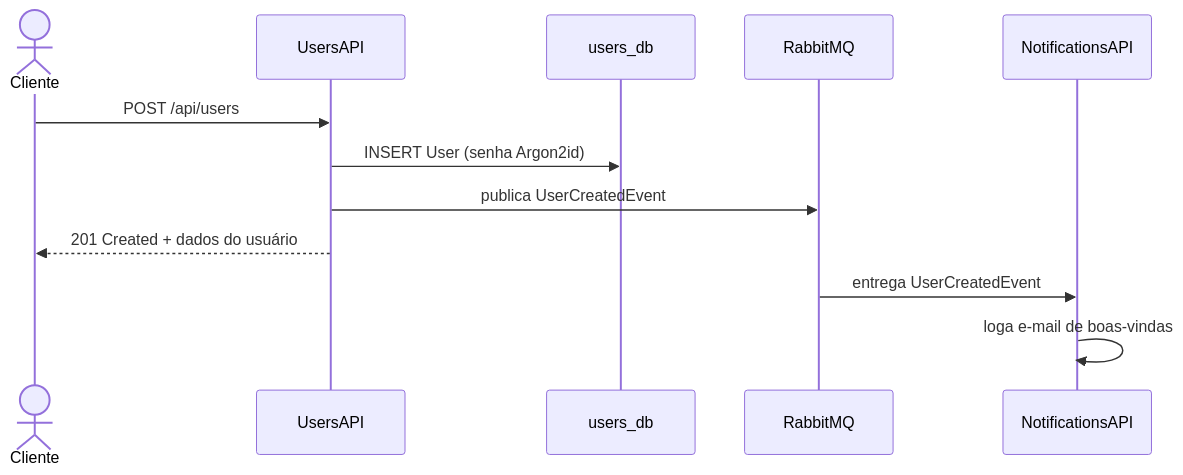
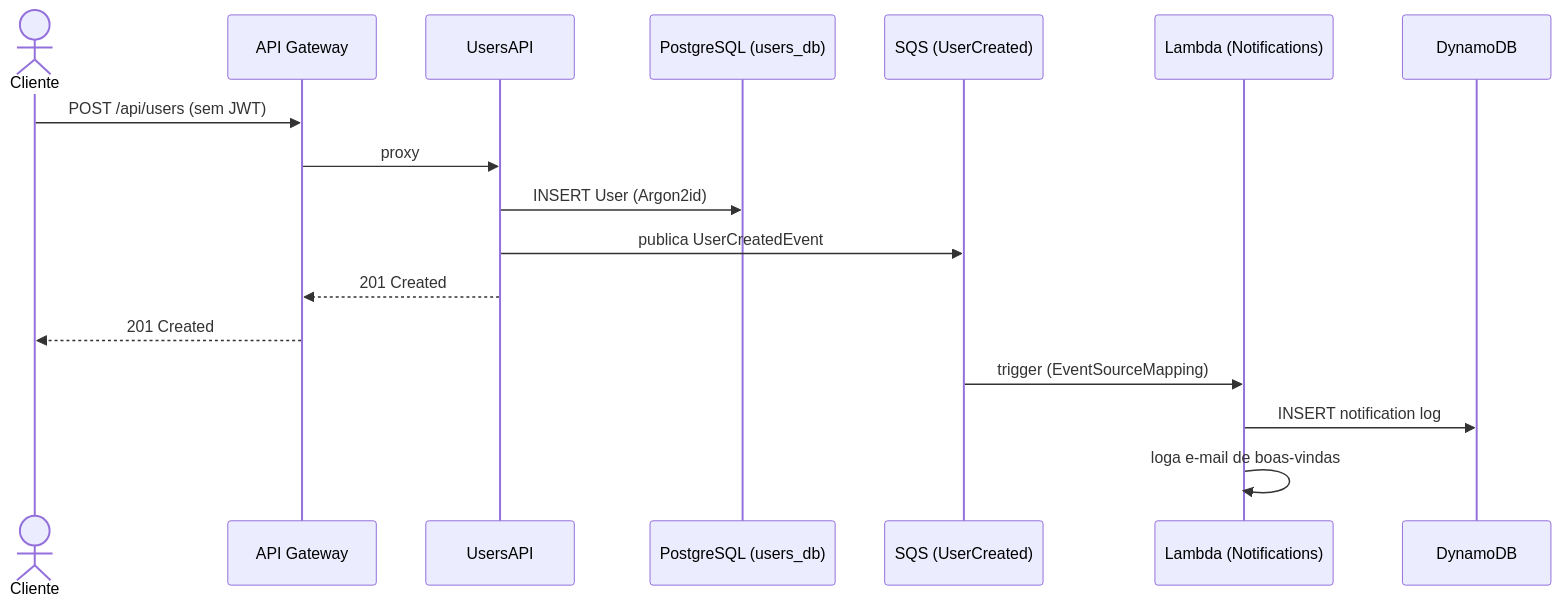
Before and after one commit to heroshg/Orchestration: the first of 2 diagrams in README.md, drawn with Mermaid. The commit also changed other lines of this file and 39 other files, not shown here.

Commit message:
feat: Datadog, deploy ECR ECS, DynamoDb, Fila SQS, Lambda para notifications, API Gateway

````diff
--- a/README.md
+++ b/README.md
@@ -134,15 +132,20 @@
 ```mermaid
 sequenceDiagram
     actor Cliente
+    participant GW as API Gateway
     participant UA as UsersAPI
-    participant DB1 as users_db
-    participant RMQ as RabbitMQ
-    participant NA as NotificationsAPI
+    participant DB1 as PostgreSQL (users_db)
+    participant SQS as SQS (UserCreated)
+    participant L as Lambda (Notifications)
+    participant DDB as DynamoDB
 
-    Cliente->>UA: POST /api/users
-    UA->>DB1: INSERT User (senha Argon2id)
-    UA->>RMQ: publica UserCreatedEvent
-    UA-->>Cliente: 201 Created + dados do usuário
-    RMQ->>NA: entrega UserCreatedEvent
-    NA->>NA: loga e-mail de boas-vindas
+    Cliente->>GW: POST /api/users (sem JWT)
+    GW->>UA: proxy
+    UA->>DB1: INSERT User (Argon2id)
+    UA->>SQS: publica UserCreatedEvent
+    UA-->>GW: 201 Created
+    GW-->>Cliente: 201 Created
+    SQS->>L: trigger (EventSourceMapping)
+    L->>DDB: INSERT notification log
+    L->>L: loga e-mail de boas-vindas
 ```
````
